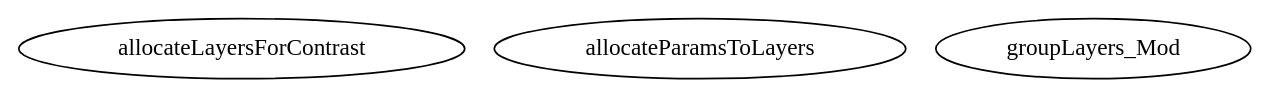
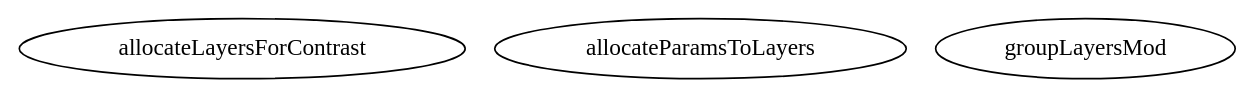
One commit to RascalSoftware/RAT changed the diagram in master/api_reference/targetFunctions/common/groupLayers/graph.dot. Above: the diagram before and after it, drawn with Graphviz. The commit also changed 336 other files, not shown here.

```diff
--- a/master/api_reference/targetFunctions/common/groupLayers/graph.dot
+++ b/master/api_reference/targetFunctions/common/groupLayers/graph.dot
@@ -1,7 +1,7 @@
 /* Created by mdot for Matlab */
 digraph m2html {
 
   allocateLayersForContrast [URL="allocateLayersForContrast.html"];
   allocateParamsToLayers [URL="allocateParamsToLayers.html"];
-  groupLayers_Mod [URL="groupLayers_Mod.html"];
+  groupLayersMod [URL="groupLayersMod.html"];
 }
```
